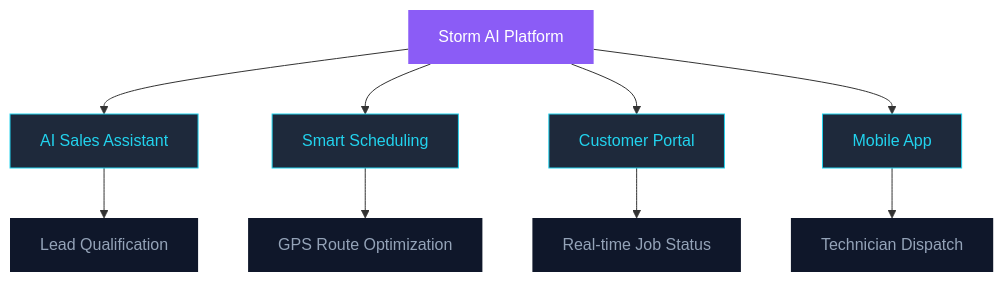
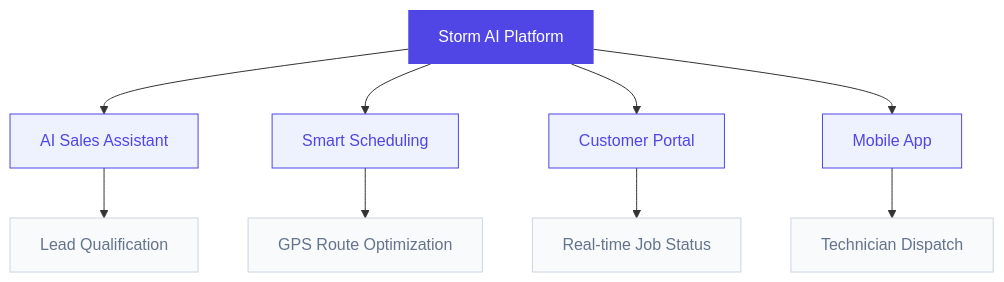
Before and after one commit to Hamza-Kahloon786/Hamza-Kahloon786: the fourth of 10 diagrams in README.md, drawn with Mermaid. The commit also changed other lines of this file, not shown here.

````diff
--- a/README.md
+++ b/README.md
@@ -123,20 +123,20 @@
 ```mermaid
 graph TD
     A[Storm AI Platform] --> B[AI Sales Assistant]
     A --> C[Smart Scheduling]
     A --> D[Customer Portal]
     A --> E[Mobile App]
     B --> F[Lead Qualification]
     C --> G[GPS Route Optimization]
     D --> H[Real-time Job Status]
     E --> I[Technician Dispatch]
-    style A fill:#8B5CF6,color:#fff,stroke:none
-    style B fill:#1E293B,color:#22D3EE,stroke:#22D3EE
-    style C fill:#1E293B,color:#22D3EE,stroke:#22D3EE
-    style D fill:#1E293B,color:#22D3EE,stroke:#22D3EE
-    style E fill:#1E293B,color:#22D3EE,stroke:#22D3EE
-    style F fill:#0F172A,color:#94A3B8,stroke:none
-    style G fill:#0F172A,color:#94A3B8,stroke:none
-    style H fill:#0F172A,color:#94A3B8,stroke:none
-    style I fill:#0F172A,color:#94A3B8,stroke:none
+    style A fill:#4F46E5,color:#fff,stroke:none
+    style B fill:#EEF2FF,color:#4F46E5,stroke:#4F46E5
+    style C fill:#EEF2FF,color:#4F46E5,stroke:#4F46E5
+    style D fill:#EEF2FF,color:#4F46E5,stroke:#4F46E5
+    style E fill:#EEF2FF,color:#4F46E5,stroke:#4F46E5
+    style F fill:#F8FAFC,color:#64748B,stroke:#CBD5E1
+    style G fill:#F8FAFC,color:#64748B,stroke:#CBD5E1
+    style H fill:#F8FAFC,color:#64748B,stroke:#CBD5E1
+    style I fill:#F8FAFC,color:#64748B,stroke:#CBD5E1
 ```
````
